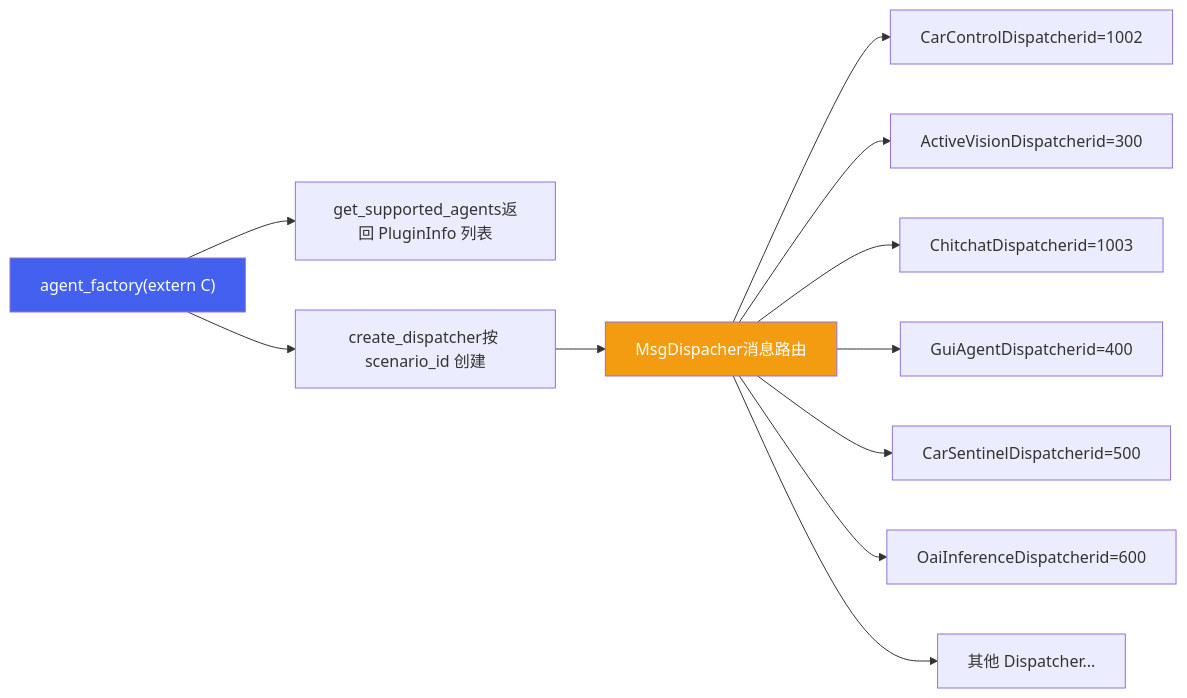
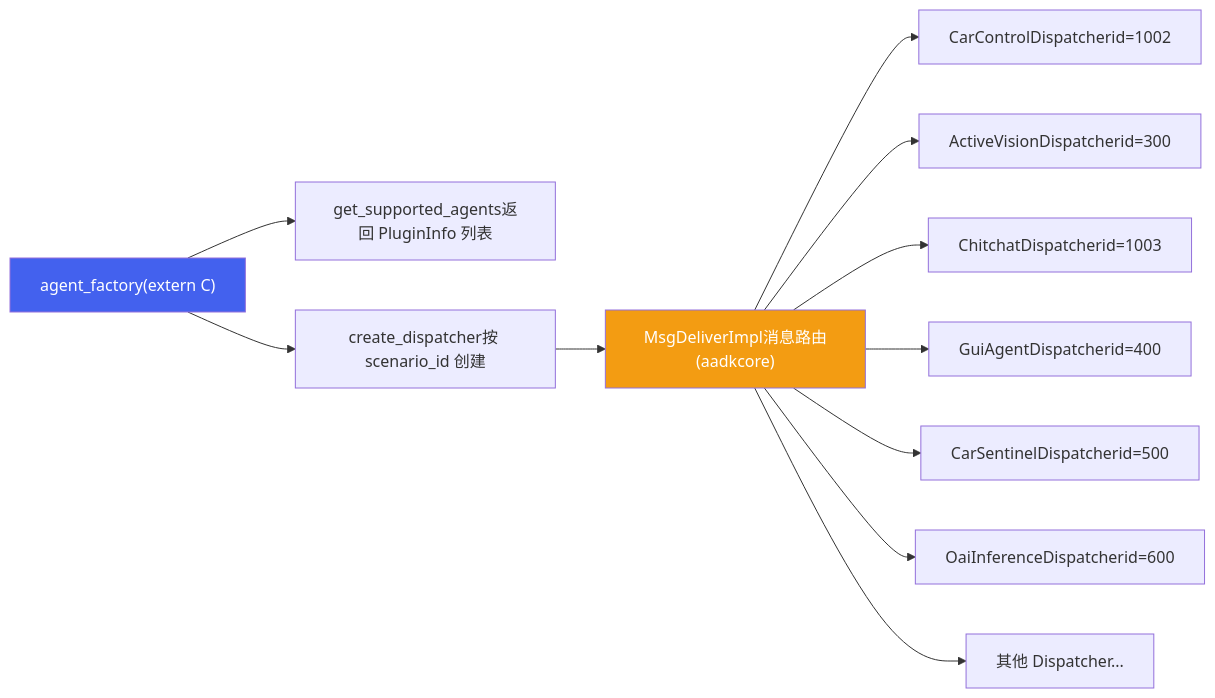
Before and after one commit to ranpin/edge-ai-docs: the first of 5 diagrams in cockpit/projects/agent-framework/agent-group.md, drawn with Mermaid. The commit also changed other lines of this file and 12 other files, not shown here.

````diff
--- a/cockpit/projects/agent-framework/agent-group.md
+++ b/cockpit/projects/agent-framework/agent-group.md
@@ -22,15 +22,15 @@
 ```mermaid
 graph LR
     A["agent_factory(extern C)"] --> B["get_supported_agents返回 PluginInfo 列表"]
     A --> C["create_dispatcher按 scenario_id 创建"]
-    C --> D["MsgDispacher消息路由"]
+    C --> D["MsgDeliverImpl消息路由(aadkcore)"]
     D --> E["CarControlDispatcherid=1002"]
     D --> F["ActiveVisionDispatcherid=300"]
     D --> G["ChitchatDispatcherid=1003"]
     D --> H["GuiAgentDispatcherid=400"]
     D --> I["CarSentinelDispatcherid=500"]
     D --> J["OaiInferenceDispatcherid=600"]
     D --> K["其他 Dispatcher..."]
     style A fill:#4361ee,color:#fff
     style D fill:#f39c12,color:#fff
 ```
````
